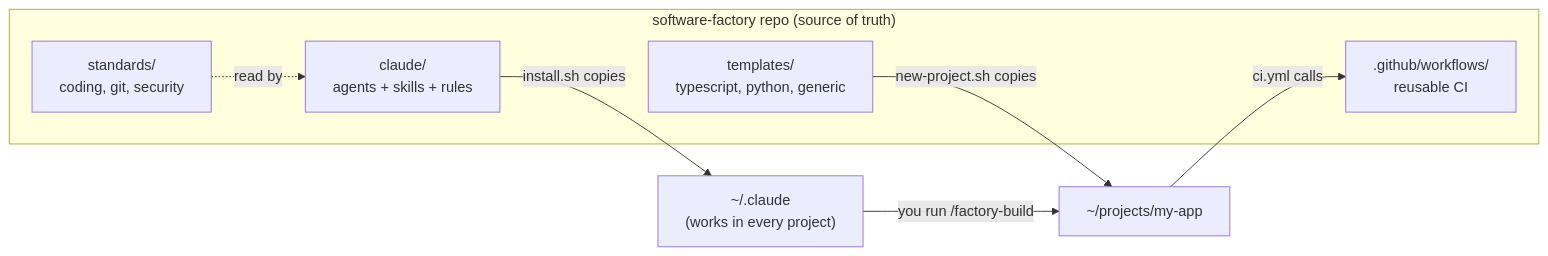
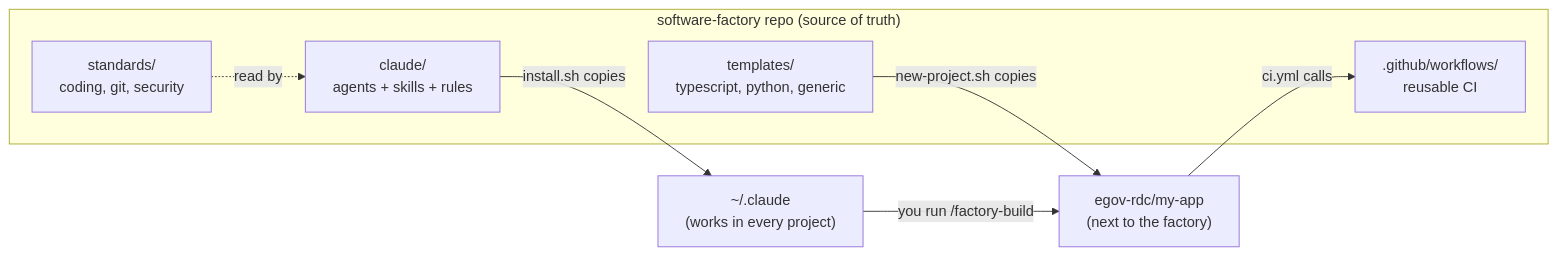
The first of 2 diagrams in docs/HOW-IT-WORKS.md (egov-sofa/software-factory), drawn with Mermaid before and after one commit. The commit also changed other lines of this file and 4 other files, not shown here.

First line of the commit message:
feat: create new projects next to the factory by default

````diff
--- a/docs/HOW-IT-WORKS.md
+++ b/docs/HOW-IT-WORKS.md
@@ -5,15 +5,15 @@
 ```mermaid
 flowchart LR
     subgraph Factory["software-factory repo (source of truth)"]
         A[claude/<br/>agents + skills + rules]
         T[templates/<br/>typescript, python, generic]
         W[.github/workflows/<br/>reusable CI]
         S[standards/<br/>coding, git, security]
     end
 
     A -- install.sh copies --> C["~/.claude<br/>(works in every project)"]
-    T -- new-project.sh copies --> P["~/projects/my-app"]
+    T -- new-project.sh copies --> P["egov-rdc/my-app<br/>(next to the factory)"]
     P -- ci.yml calls --> W
     S -. read by .-> A
     C -- you run /factory-build --> P
 ```
````
